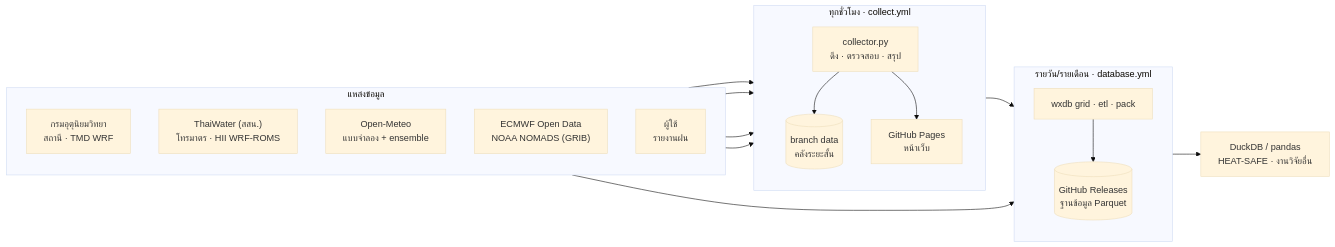
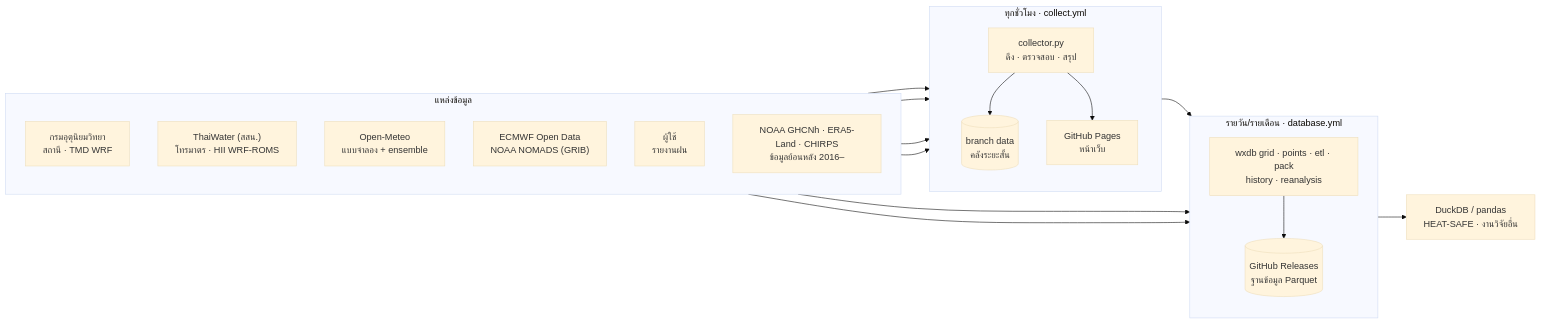
The first of 2 diagrams in README.md (Navavit/burana), drawn with Mermaid (base theme) before and after one commit. The commit also changed other lines of this file and 12 other files, not shown here.

First line of the commit message:
wxdb: Air4Thai รายชั่วโมง, พยากรณ์ ณ สถานีอุตุฯ ทุกแห่ง, ค่าตรวจวัดย้อนหลัง NOAA GHCNh และ ERA5-Land/CHIRPS ตั้งแต่ 2016

````diff
--- a/README.md
+++ b/README.md
@@ -20,26 +20,27 @@
 ```mermaid
 flowchart LR
   subgraph SRC["แหล่งข้อมูล"]
     direction TB
     S1["กรมอุตุนิยมวิทยา<br/>สถานี · TMD WRF"]
     S2["ThaiWater (สสน.)<br/>โทรมาตร · HII WRF-ROMS"]
     S3["Open-Meteo<br/>แบบจำลอง + ensemble"]
     S5["ECMWF Open Data<br/>NOAA NOMADS (GRIB)"]
     S7["ผู้ใช้<br/>รายงานฝน"]
+    S8["NOAA GHCNh · ERA5-Land · CHIRPS<br/>ข้อมูลย้อนหลัง 2016–"]
   end
   subgraph HOURLY["ทุกชั่วโมง · collect.yml"]
     direction TB
     C1["collector.py<br/>ดึง · ตรวจสอบ · สรุป"]
     C2[("branch data<br/>คลังระยะสั้น")]
     C3["GitHub Pages<br/>หน้าเว็บ"]
   end
   subgraph DB["รายวัน/รายเดือน · database.yml"]
     direction TB
-    D1["wxdb grid · etl · pack"]
+    D1["wxdb grid · points · etl · pack<br/>history · reanalysis"]
     R1[("GitHub Releases<br/>ฐานข้อมูล Parquet")]
   end
   U1["DuckDB / pandas<br/>HEAT-SAFE · งานวิจัยอื่น"]
   S1 & S2 & S3 & S7 --> C1 --> C2 & C3
-  S5 --> D1
+  S5 & S8 --> D1
   C2 --> D1 --> R1 --> U1
 ```
````
